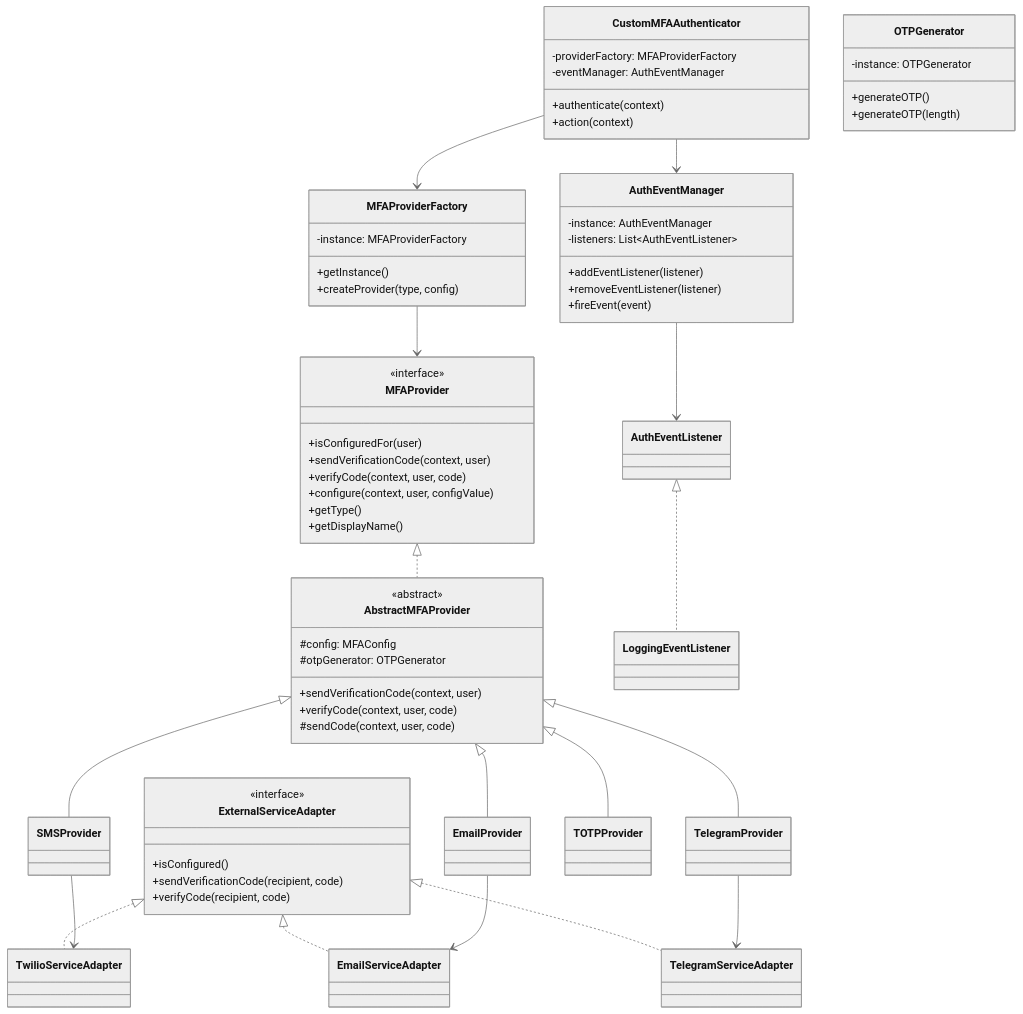
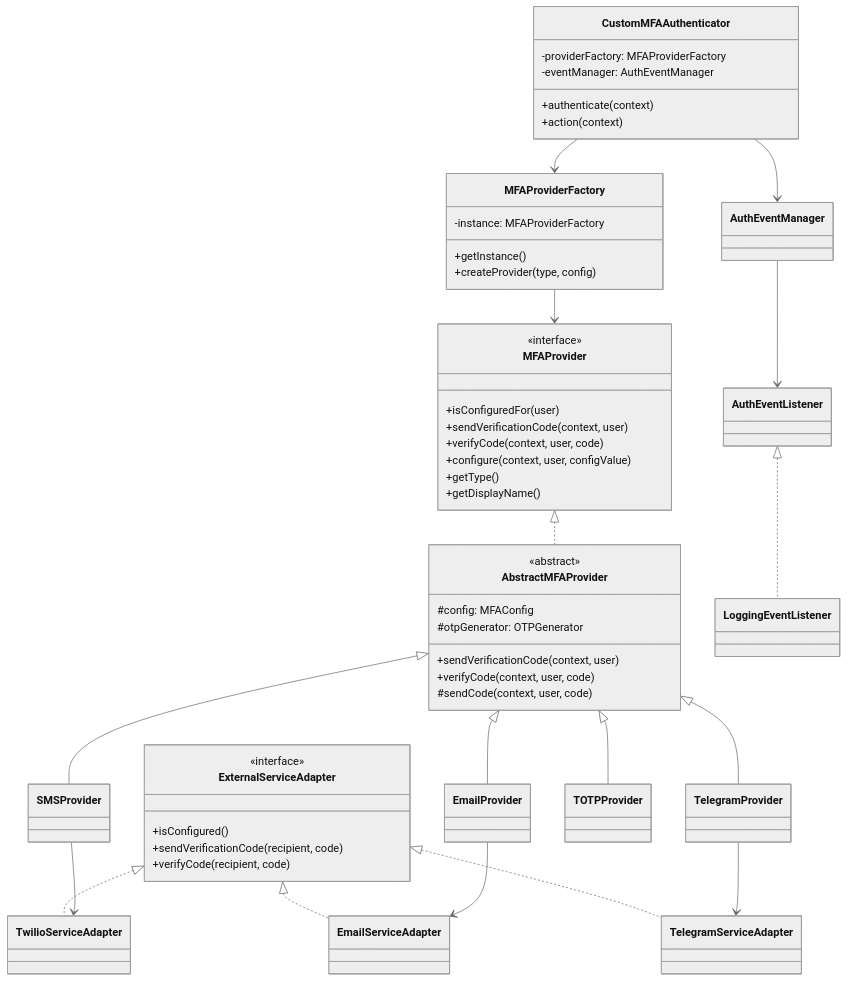
The third of 3 diagrams in README.md (shreyasY2k/KeycloakMultiMFA), drawn with Mermaid (neutral theme) before and after one commit. The commit also changed other lines of this file, not shown here.

````diff
--- a/README.md
+++ b/README.md
@@ -129,75 +113,61 @@
 ```mermaid
 classDiagram
     MFAProvider <|.. AbstractMFAProvider
     AbstractMFAProvider <|-- SMSProvider
     AbstractMFAProvider <|-- EmailProvider
     AbstractMFAProvider <|-- TelegramProvider
     AbstractMFAProvider <|-- TOTPProvider
     
     ExternalServiceAdapter <|.. TwilioServiceAdapter
     ExternalServiceAdapter <|.. EmailServiceAdapter
     ExternalServiceAdapter <|.. TelegramServiceAdapter
     
     SMSProvider --> TwilioServiceAdapter
     EmailProvider --> EmailServiceAdapter
     TelegramProvider --> TelegramServiceAdapter
     
     CustomMFAAuthenticator --> MFAProviderFactory
     MFAProviderFactory --> MFAProvider
     CustomMFAAuthenticator --> AuthEventManager
     AuthEventManager --> AuthEventListener
     AuthEventListener <|.. LoggingEventListener
     
     class MFAProvider {
         <<interface>>
         +isConfiguredFor(user)
         +sendVerificationCode(context, user)
         +verifyCode(context, user, code)
         +configure(context, user, configValue)
         +getType()
         +getDisplayName()
     }
     
     class AbstractMFAProvider {
         <<abstract>>
         #config: MFAConfig
         #otpGenerator: OTPGenerator
         +sendVerificationCode(context, user)
         +verifyCode(context, user, code)
         #sendCode(context, user, code)
     }
     
     class ExternalServiceAdapter {
         <<interface>>
         +isConfigured()
         +sendVerificationCode(recipient, code)
         +verifyCode(recipient, code)
     }
     
     class MFAProviderFactory {
         -instance: MFAProviderFactory
         +getInstance()
         +createProvider(type, config)
     }
     
     class CustomMFAAuthenticator {
         -providerFactory: MFAProviderFactory
         -eventManager: AuthEventManager
         +authenticate(context)
         +action(context)
     }
-    
-    class AuthEventManager {
-        -instance: AuthEventManager
-        -listeners: List~AuthEventListener~
-        +addEventListener(listener)
-        +removeEventListener(listener)
-        +fireEvent(event)
-    }
-    
-    class OTPGenerator {
-        -instance: OTPGenerator
-        +generateOTP()
-        +generateOTP(length)
-    }
 ```
````
